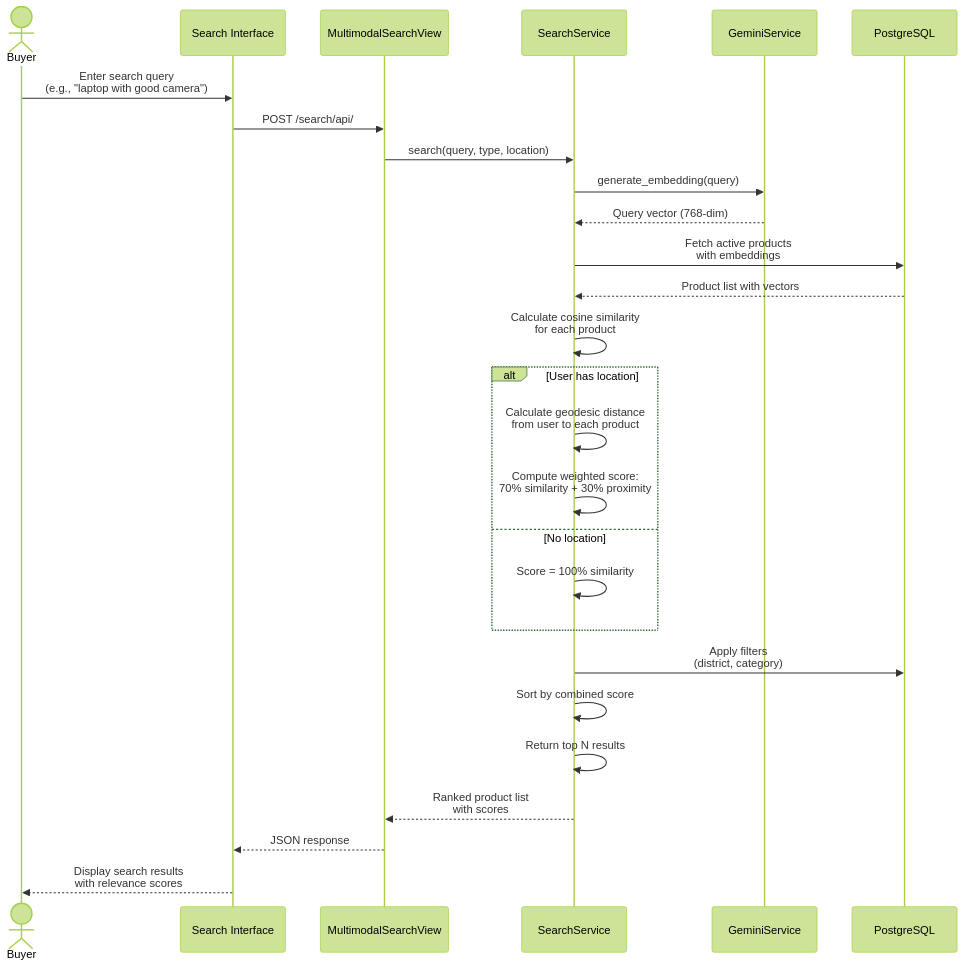
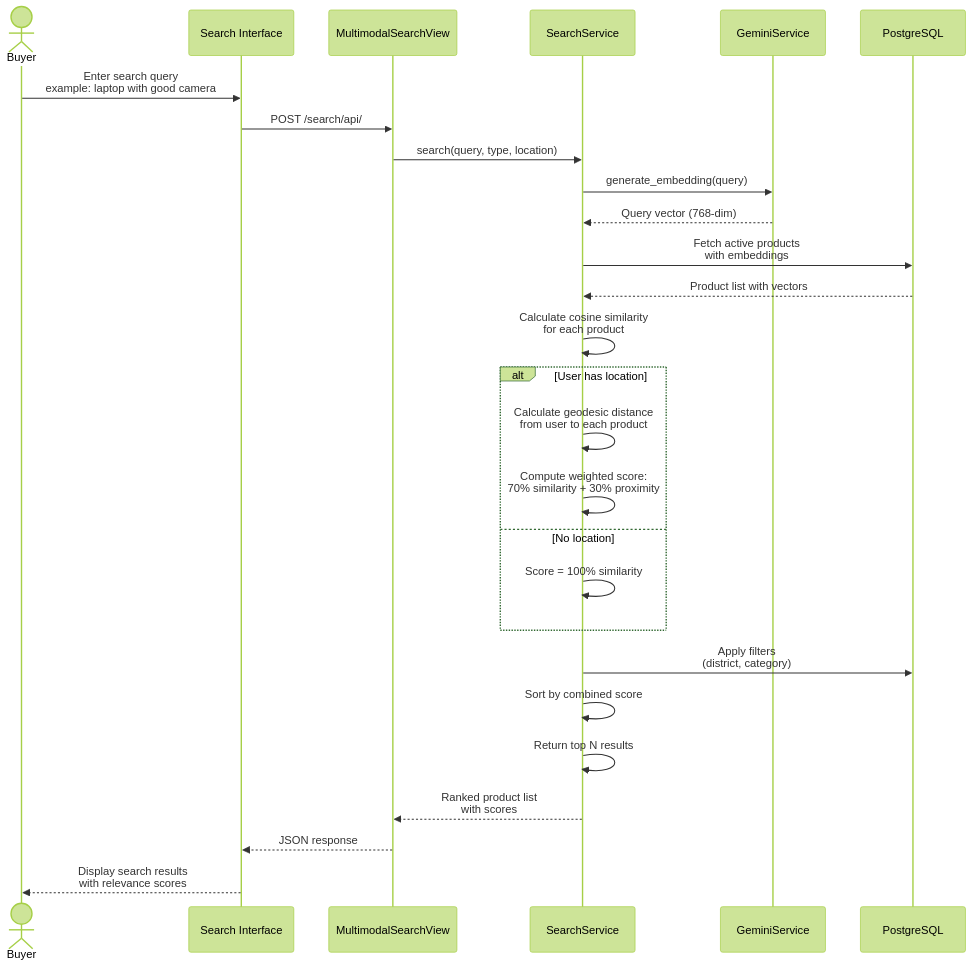
The fifth of 11 diagrams in ARCHITECTURE.md (Rajat-Roy/sde_mta), drawn with Mermaid (forest theme) before and after one commit. The commit also changed other lines of this file, not shown here.

First line of the commit message:
Fix Mermaid diagram syntax errors

````diff
--- a/ARCHITECTURE.md
+++ b/ARCHITECTURE.md
@@ -240,36 +240,36 @@
 ```mermaid
 sequenceDiagram
     actor Buyer
     participant UI as Search Interface
     participant View as MultimodalSearchView
     participant SearchSvc as SearchService
     participant GeminiSvc as GeminiService
     participant DB as PostgreSQL
 
-    Buyer->>UI: Enter search query<br/>(e.g., "laptop with good camera")
+    Buyer->>UI: Enter search query<br/>example: laptop with good camera
     UI->>View: POST /search/api/
 
     View->>SearchSvc: search(query, type, location)
     SearchSvc->>GeminiSvc: generate_embedding(query)
     GeminiSvc-->>SearchSvc: Query vector (768-dim)
 
     SearchSvc->>DB: Fetch active products<br/>with embeddings
     DB-->>SearchSvc: Product list with vectors
 
     SearchSvc->>SearchSvc: Calculate cosine similarity<br/>for each product
 
     alt User has location
         SearchSvc->>SearchSvc: Calculate geodesic distance<br/>from user to each product
         SearchSvc->>SearchSvc: Compute weighted score:<br/>70% similarity + 30% proximity
     else No location
         SearchSvc->>SearchSvc: Score = 100% similarity
     end
 
     SearchSvc->>DB: Apply filters<br/>(district, category)
     SearchSvc->>SearchSvc: Sort by combined score
     SearchSvc->>SearchSvc: Return top N results
 
     SearchSvc-->>View: Ranked product list<br/>with scores
     View-->>UI: JSON response
     UI-->>Buyer: Display search results<br/>with relevance scores
 ```
````
